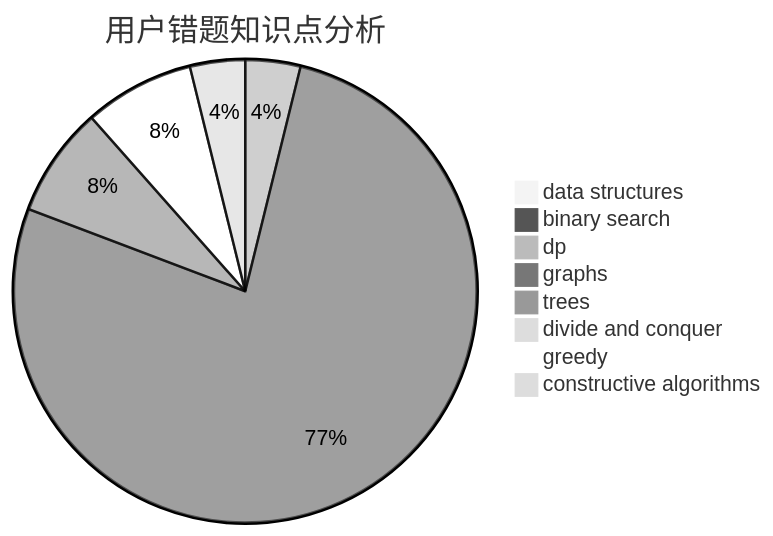
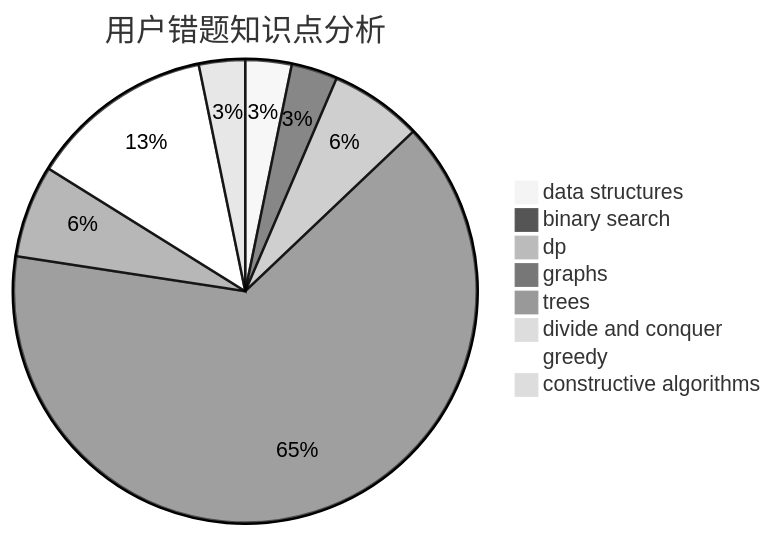
Before and after one commit to sherpahu/cfrs.github.io: the third of 3 diagrams in docs/user/u502.md, drawn with Mermaid (neutral theme). The commit also changed other lines of this file and 2770 other files, not shown here.

````diff
--- a/docs/user/u502.md
+++ b/docs/user/u502.md
@@ -36,11 +36,11 @@
 ```mermaid
 pie title 用户错题知识点分析
-    "data structures" :  0
-    "binary search" :  0
-    "dp" :  1
+    "data structures" :  1
+    "binary search" :  1
+    "dp" :  2
     "graphs" :  20
     "trees" :  2
     "divide and conquer" :  0
-    "greedy" :  2
+    "greedy" :  4
     "constructive algorithms" :  1
 ```
````
